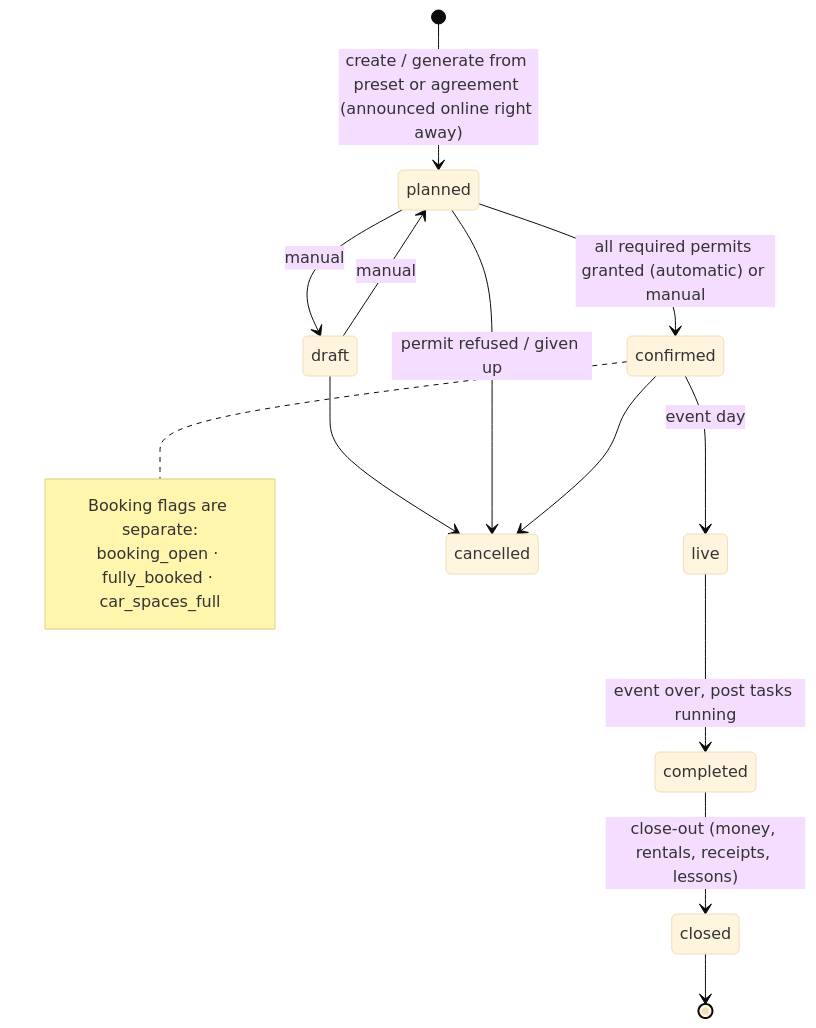
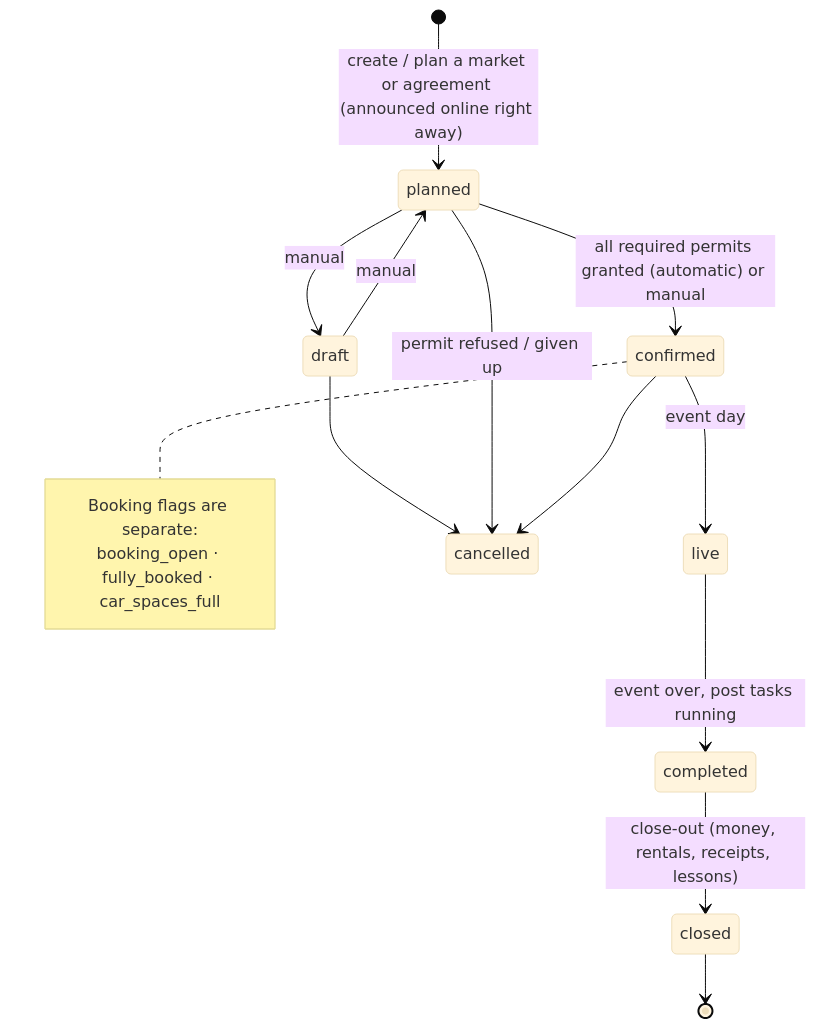
Before and after one commit to coelln-konzept/marktwerk: the first of 12 diagrams in docs/product/user-flows.md, drawn with Mermaid (base theme). The commit also changed other lines of this file and 44 other files, not shown here.

````diff
--- a/docs/product/user-flows.md
+++ b/docs/product/user-flows.md
@@ -8,18 +8,18 @@
 ```mermaid
 stateDiagram-v2
-    [*] --> planned: create / generate from preset or agreement (announced online right away)
+    [*] --> planned: create / plan a market or agreement (announced online right away)
     draft --> planned: manual
     planned --> draft: manual
     planned --> confirmed: all required permits granted (automatic) or manual
     confirmed --> live: event day
     live --> completed: event over, post tasks running
     completed --> closed: close-out (money, rentals, receipts, lessons)
     draft --> cancelled
     planned --> cancelled: permit refused / given up
     confirmed --> cancelled
     closed --> [*]
     note right of confirmed
       Booking flags are separate:
       booking_open · fully_booked · car_spaces_full
     end note
 ```
````
